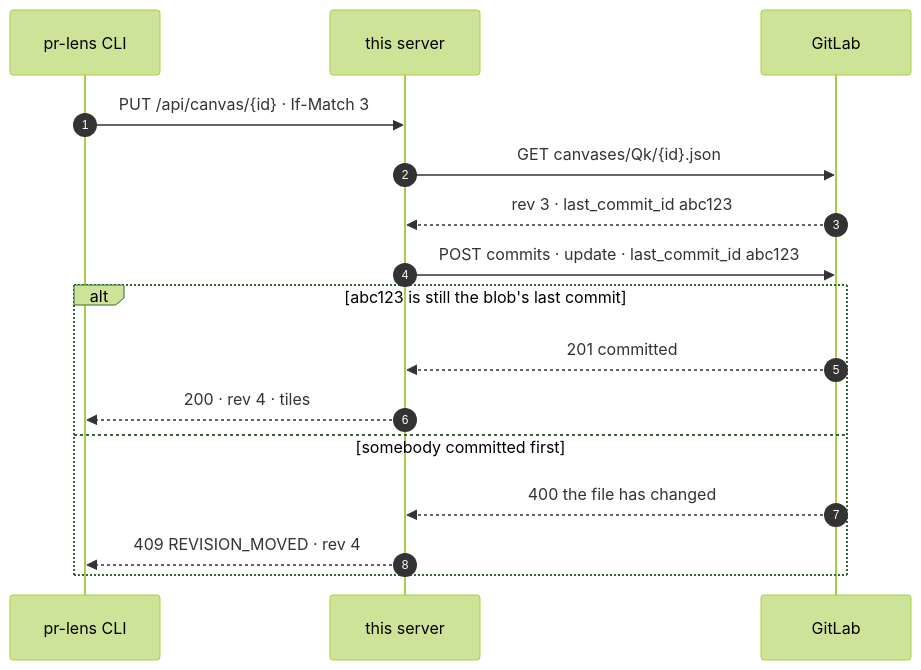
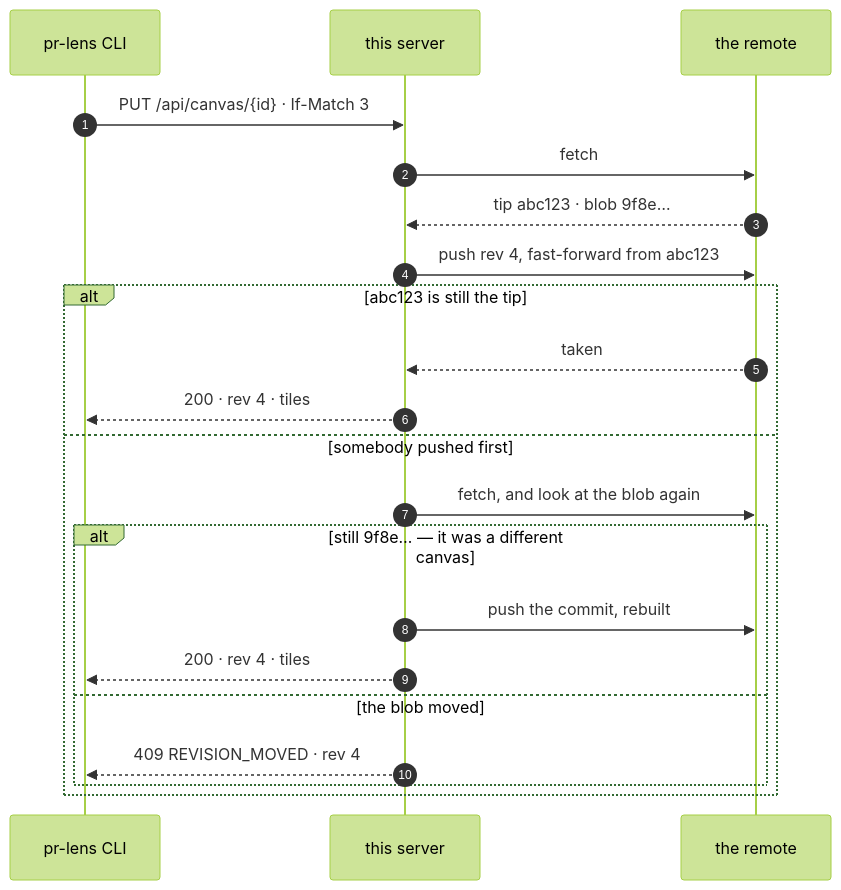
One commit to thejoeejoee/pr-lens-git-backend changed the diagram in README.md. Above: the diagram before and after it, drawn with Mermaid (forest theme). The commit also changed other lines of this file and 31 other files, not shown here.

````diff
--- a/README.md
+++ b/README.md
@@ -48,19 +48,24 @@
 ```mermaid
 sequenceDiagram
     autonumber
     participant C as pr-lens CLI
     participant S as this server
-    participant G as GitLab
+    participant G as the remote
 
     C->>S: PUT /api/canvas/{id} · If-Match 3
-    S->>G: GET canvases/Qk/{id}.json
-    G-->>S: rev 3 · last_commit_id abc123
-    S->>G: POST commits · update · last_commit_id abc123
-    alt abc123 is still the blob's last commit
-        G-->>S: 201 committed
+    S->>G: fetch
+    G-->>S: tip abc123 · blob 9f8e…
+    S->>G: push rev 4, fast-forward from abc123
+    alt abc123 is still the tip
+        G-->>S: taken
         S-->>C: 200 · rev 4 · tiles
-    else somebody committed first
-        G-->>S: 400 the file has changed
-        S-->>C: 409 REVISION_MOVED · rev 4
+    else somebody pushed first
+        S->>G: fetch, and look at the blob again
+        alt still 9f8e… — it was a different canvas
+            S->>G: push the commit, rebuilt
+            S-->>C: 200 · rev 4 · tiles
+        else the blob moved
+            S-->>C: 409 REVISION_MOVED · rev 4
+        end
     end
 ```
````
